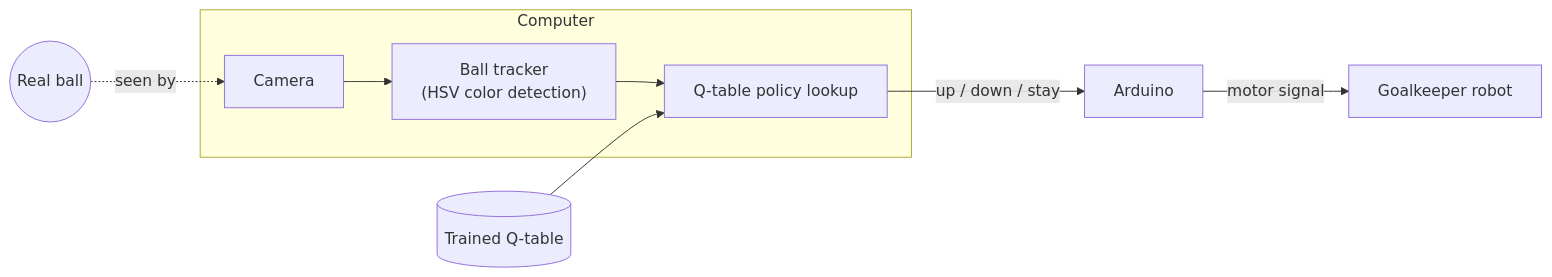
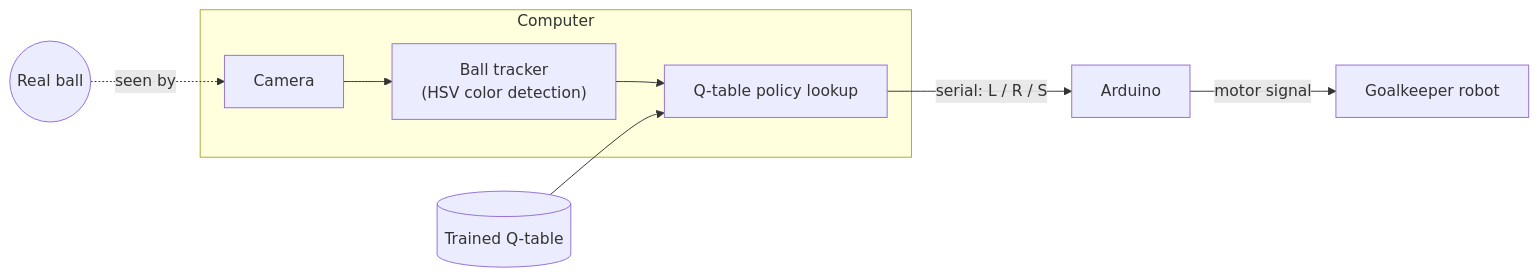
The second of 2 diagrams in README.md (AMROAMRO404/Goalkeeper-QLearning), drawn with Mermaid before and after one commit. The commit also changed other lines of this file and 6 other files, not shown here.

````diff
--- a/README.md
+++ b/README.md
@@ -34,10 +34,10 @@
 ```mermaid
 flowchart LR
     BALL((Real ball)) -. seen by .-> CAM
     subgraph PC["Computer"]
         CAM["Camera"] --> TRACK["Ball tracker<br/>(HSV color detection)"] --> POLICY["Q-table policy lookup"]
     end
     QT2[("Trained Q-table")] --> POLICY
-    POLICY -- "up / down / stay" --> ARD["Arduino"]
+    POLICY -- "serial: L / R / S" --> ARD["Arduino"]
     ARD -- motor signal --> ROBOT["Goalkeeper robot"]
 ```
````
